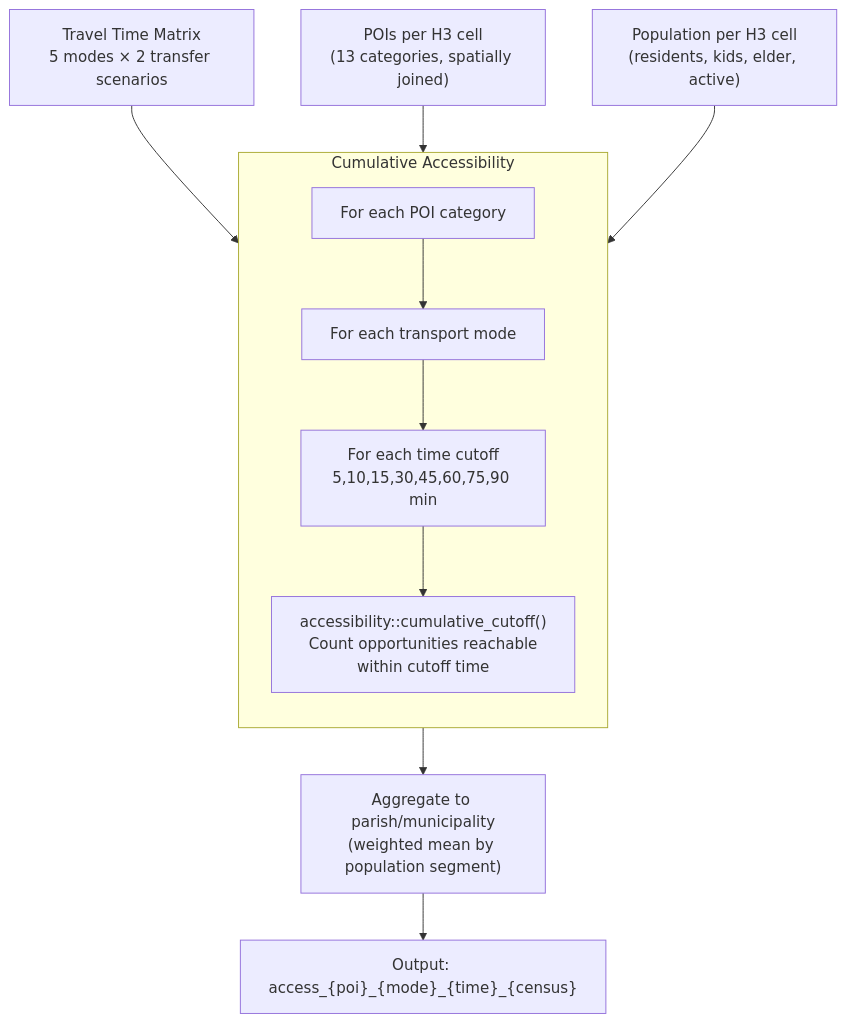
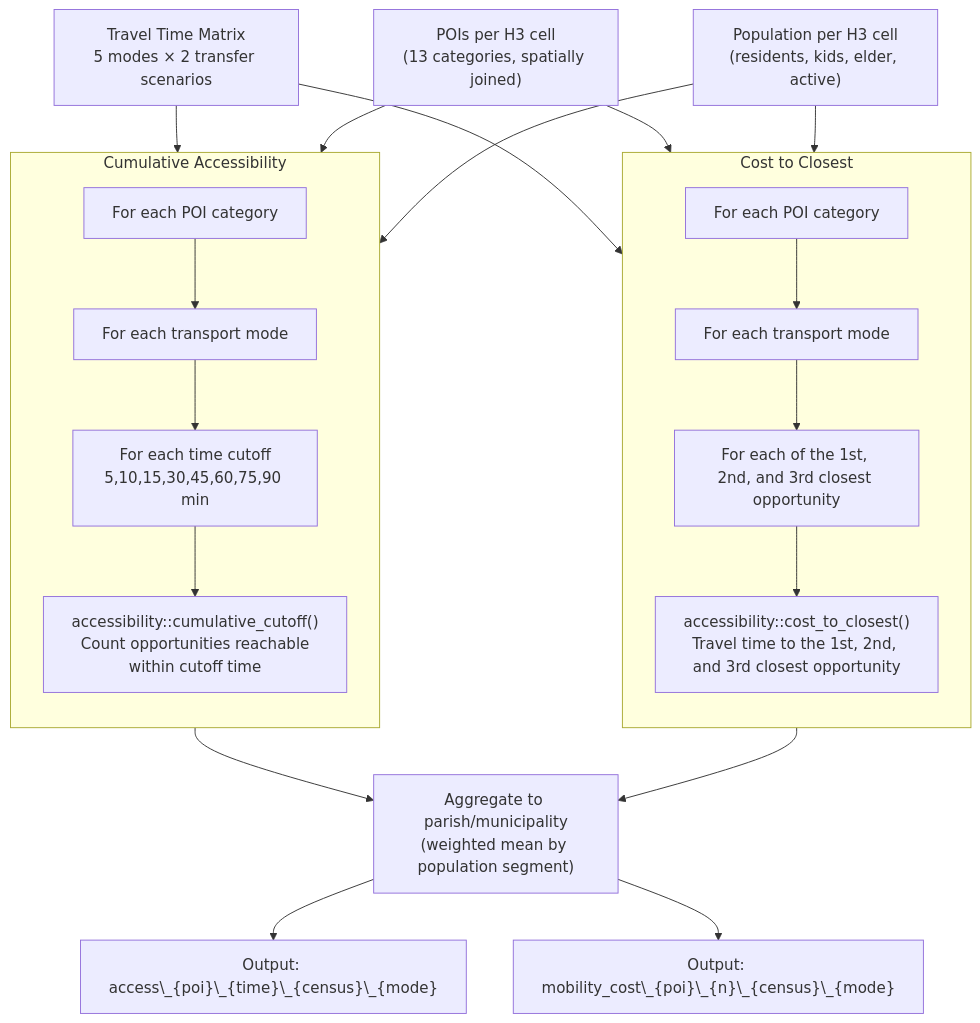
Before and after one commit to U-Shift/IMPT-data: the diagram in documents/accessibility.qmd, drawn with Mermaid. The commit also changed other lines of this file, not shown here.

Commit message:
#21 methodology accessibility chapter revised

````diff
--- a/documents/accessibility.qmd
+++ b/documents/accessibility.qmd
@@ -6,18 +5,30 @@
 ```{mermaid}
 %%| label: fig-accessibility-flow
 %%| fig-cap: "Accessibility computation flowchart"
 flowchart TB
     TTM["Travel Time Matrix<br/>5 modes × 2 transfer scenarios"] --> CumCut
     POIs["POIs per H3 cell<br/>(13 categories, spatially joined)"] --> CumCut
     Census["Population per H3 cell<br/>(residents, kids, elder, active)"] --> CumCut
+    TTM --> CostCalc
+    POIs --> CostCalc
+    Census --> CostCalc
     
     subgraph CumCut["Cumulative Accessibility"]
         direction TB
         Loop1["For each POI category"] --> Loop2["For each transport mode"]
         Loop2 --> Loop3["For each time cutoff<br/>5,10,15,30,45,60,75,90 min"]
-        Loop3 --> Calc["accessibility::cumulative_cutoff()<br/>Count opportunities reachable<br/>within cutoff time"]
+        Loop3 --> Calc1["accessibility::cumulative_cutoff()<br/>Count opportunities reachable<br/>within cutoff time"]
+    end
+
+    subgraph CostCalc["Cost to Closest"]
+        direction TB
+        Loop4["For each POI category"] --> Loop5["For each transport mode"]
+        Loop5 --> Loop6["For each of the 1st, 2nd, and 3rd closest opportunity"]
+        Loop6 --> Calc2["accessibility::cost_to_closest()<br/>Travel time to the 1st, 2nd, and 3rd closest opportunity"]
     end
     
     CumCut --> Agg["Aggregate to parish/municipality<br/>(weighted mean by population segment)"]
-    Agg --> Out["Output: access_{poi}_{mode}_{time}_{census}"]
+    CostCalc --> Agg
+    Agg --> Out["Output: access\_{poi}\_{time}\_{census}\_{mode}"]
+    Agg --> Out2["Output: mobility_cost\_{poi}\_{n}\_{census}\_{mode}"]
 ```
````
